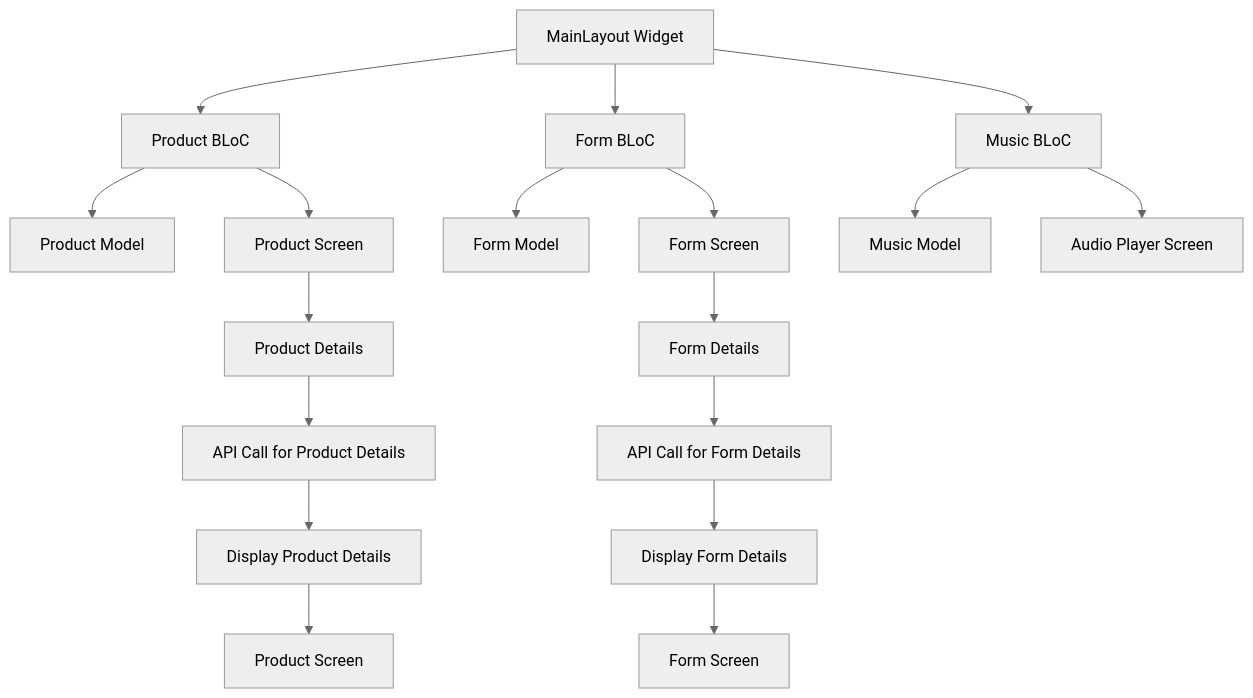
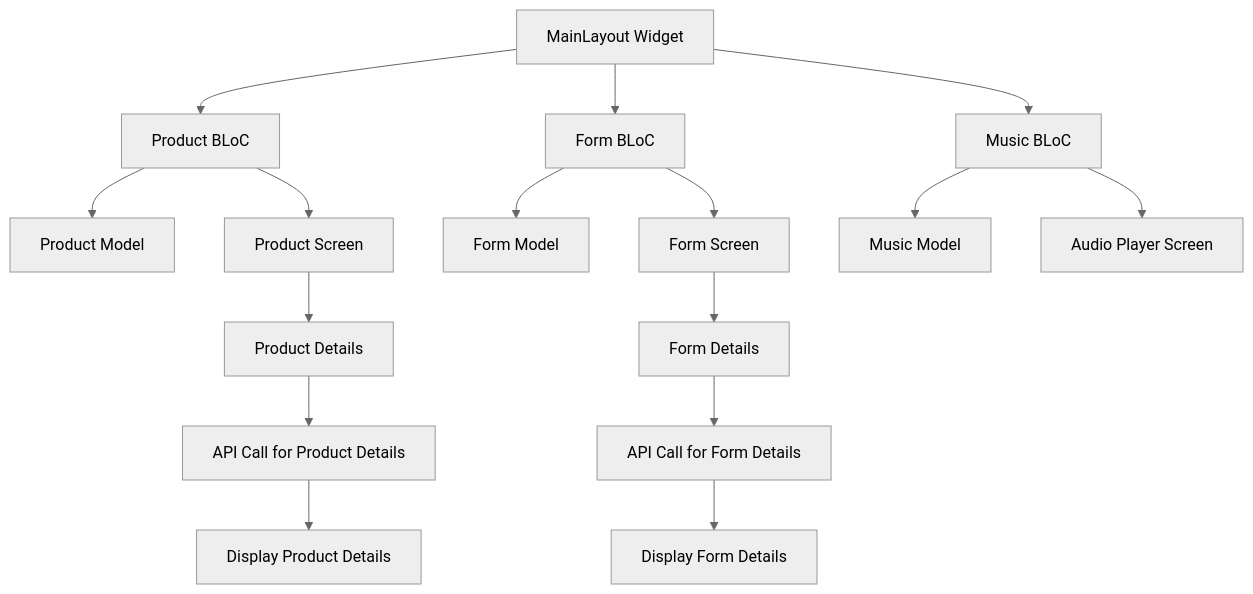
The diagram in README.md (ShashwatXD/bloccin), drawn with Mermaid (neutral theme) before and after one commit.

````diff
--- a/README.md
+++ b/README.md
@@ -21,20 +21,18 @@
 ```mermaid
 graph TD;
     A[MainLayout Widget] --> B[Product BLoC];
     A --> C[Form BLoC];
     A --> D[Music BLoC];
     B --> E[Product Model];
     C --> F[Form Model];
     D --> G[Music Model];
     B --> H[Product Screen];
     C --> I[Form Screen];
     D --> J[Audio Player Screen];
     H --> K[Product Details];
     I --> L[Form Details];
     K --> M[API Call for Product Details];
     L --> N[API Call for Form Details];
     M --> O[Display Product Details];
     N --> P[Display Form Details];
-    O --> Q[Product Screen];
-    P --> R[Form Screen];
 ```
````
